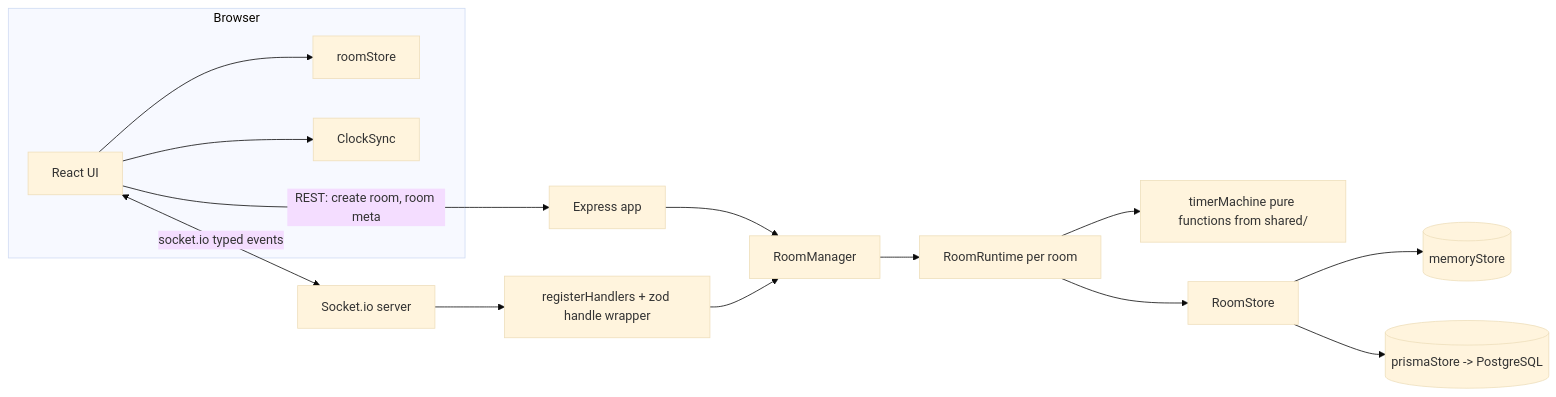
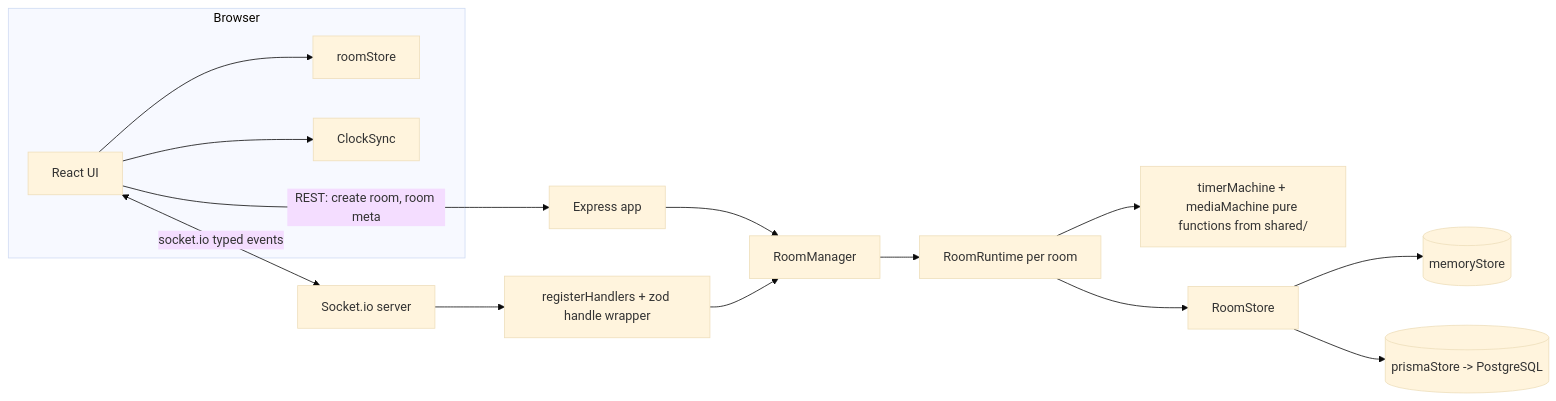
One commit to RayDitya12/Study-Room changed the diagram in README.md. Above: the diagram before and after it, drawn with Mermaid (base theme). The commit also changed other lines of this file and 9 other files, not shown here.

````diff
--- a/README.md
+++ b/README.md
@@ -33,17 +43,17 @@
 ```mermaid
 flowchart LR
   subgraph Browser
     UI[React UI] --> RS[roomStore]
     UI --> CS[ClockSync]
   end
   UI <-->|socket.io typed events| IO[Socket.io server]
   UI -->|REST: create room, room meta| EX[Express app]
   IO --> RH[registerHandlers + zod handle wrapper]
   EX --> RM[RoomManager]
   RH --> RM
   RM --> RT[RoomRuntime per room]
-  RT --> TM[timerMachine pure functions from shared/]
+  RT --> TM[timerMachine + mediaMachine pure functions from shared/]
   RT --> ST[RoomStore]
   ST --> MEM[(memoryStore)]
   ST --> PG[(prismaStore -> PostgreSQL)]
 ```
````
